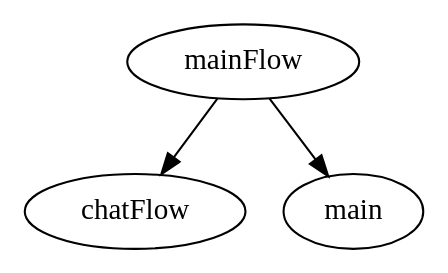
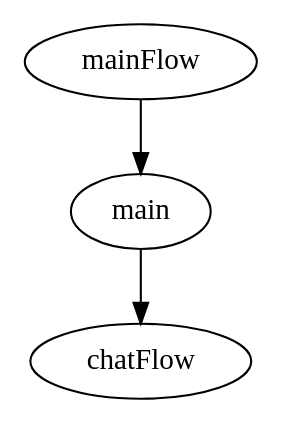
The diagram in feature/main/routing/src/main/way/main_flow.dot (DeveloperPalmer/clarify-android), drawn with Graphviz before and after one commit. The commit also changed 17 other files, not shown here.

```diff
--- a/feature/main/routing/src/main/way/main_flow.dot
+++ b/feature/main/routing/src/main/way/main_flow.dot
@@ -1,14 +1,13 @@
 digraph MainFlow {
   package = "ru.sla.clarify.feature.main.routing"
 
   mainFlow [
     type = "flow"
   ]
 
   chatFlow [
     type = "schema"
   ]
 
-  mainFlow -> main
-  mainFlow -> chatFlow
+  mainFlow -> main -> chatFlow
 }
```
